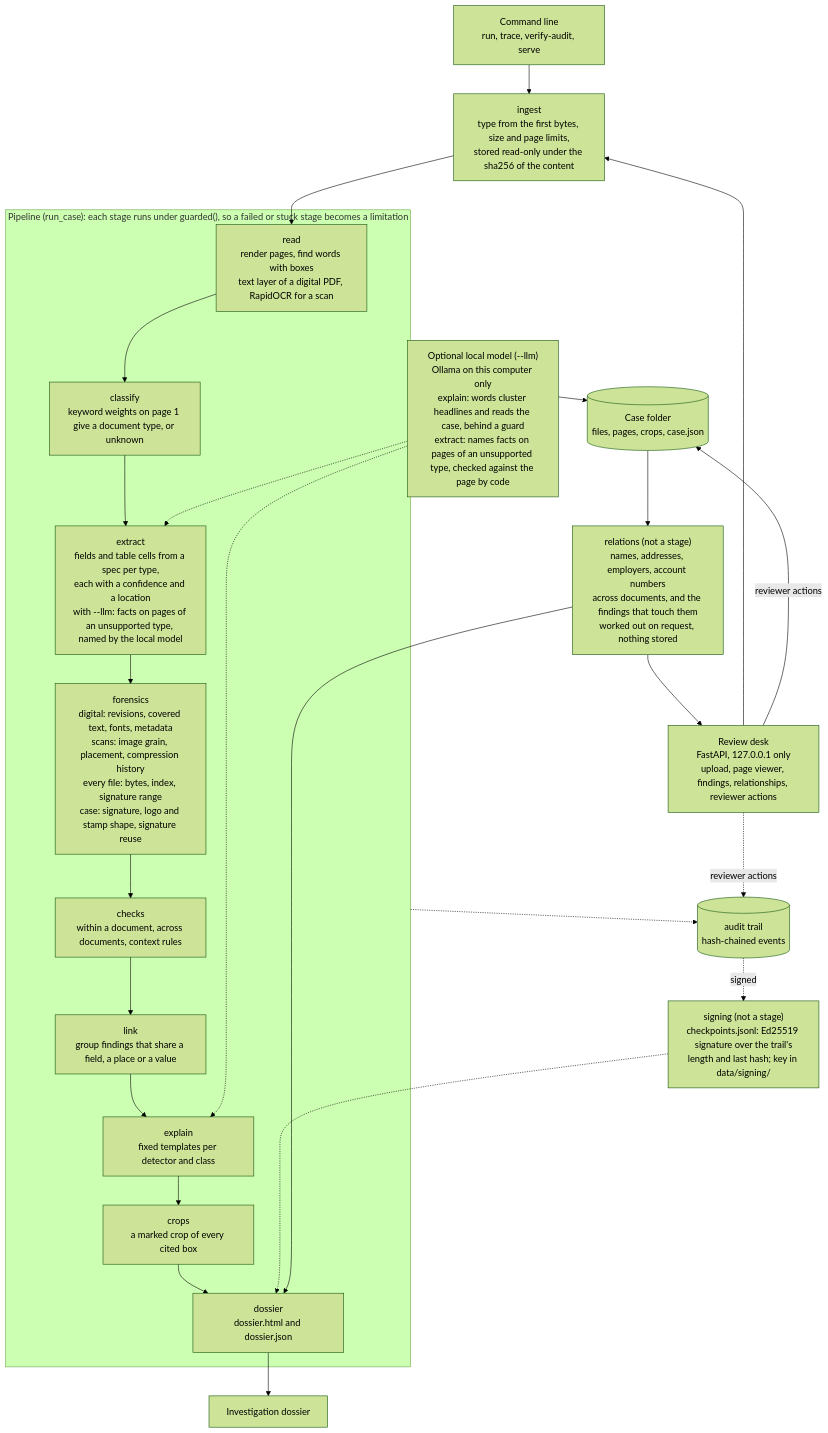
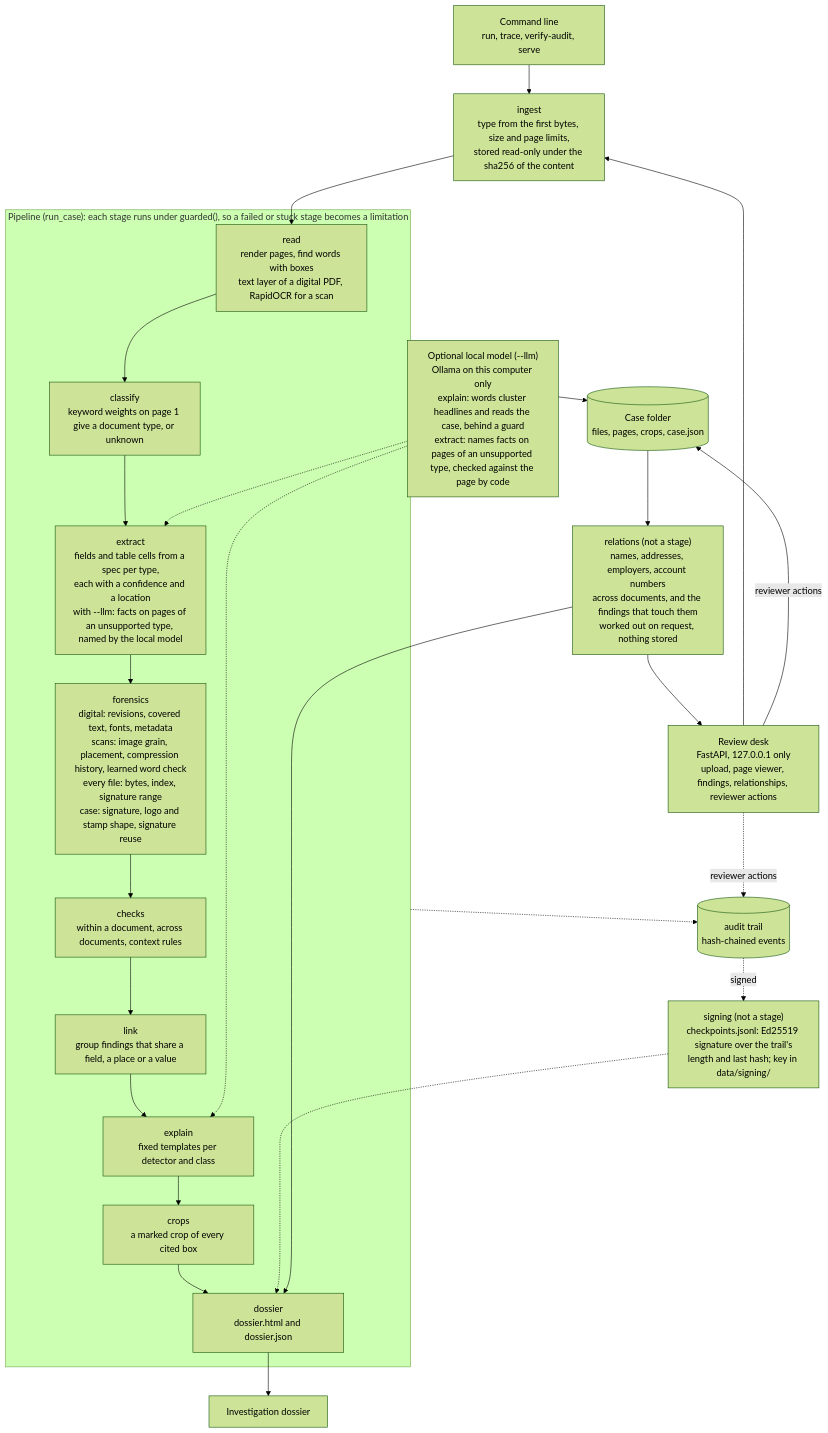
Before and after one commit to BU1lDR/docforensics: the diagram in docs/architecture.md, drawn with Mermaid (forest theme). The commit also changed other lines of this file and 7 other files, not shown here.

````diff
--- a/docs/architecture.md
+++ b/docs/architecture.md
@@ -5,40 +5,40 @@
 ```mermaid
 flowchart TD
     cli["Command line<br/>run, trace, verify-audit, serve"]
     desk["Review desk<br/>FastAPI, 127.0.0.1 only<br/>upload, page viewer, findings, relationships, reviewer actions"]
     ingest["ingest<br/>type from the first bytes, size and page limits,<br/>stored read-only under the sha256 of the content"]
     cli --> ingest
     desk --> ingest
     ingest --> read
 
     subgraph pipeline["Pipeline (run_case): each stage runs under guarded(), so a failed or stuck stage becomes a limitation"]
         read["read<br/>render pages, find words with boxes<br/>text layer of a digital PDF, RapidOCR for a scan"]
         classify["classify<br/>keyword weights on page 1 give a document type, or unknown"]
         extract["extract<br/>fields and table cells from a spec per type,<br/>each with a confidence and a location<br/>with --llm: facts on pages of an unsupported type, named by the local model"]
-        forensics["forensics<br/>digital: revisions, covered text, fonts, metadata<br/>scans: image grain, placement, compression history<br/>every file: bytes, index, signature range<br/>case: signature, logo and stamp shape, signature reuse"]
+        forensics["forensics<br/>digital: revisions, covered text, fonts, metadata<br/>scans: image grain, placement, compression history, learned word check<br/>every file: bytes, index, signature range<br/>case: signature, logo and stamp shape, signature reuse"]
         checks["checks<br/>within a document, across documents, context rules"]
         link["link<br/>group findings that share a field, a place or a value"]
         explain["explain<br/>fixed templates per detector and class"]
         crops["crops<br/>a marked crop of every cited box"]
         dossier["dossier<br/>dossier.html and dossier.json"]
         read --> classify --> extract --> forensics --> checks --> link --> explain --> crops --> dossier
     end
 
     llm["Optional local model (--llm)<br/>Ollama on this computer only<br/>explain: words cluster headlines and reads the case, behind a guard<br/>extract: names facts on pages of an unsupported type, checked against the page by code"]
     llm -.-> explain
     llm -.-> extract
     casefolder[("Case folder<br/>files, pages, crops, case.json")]
     audit[("audit trail<br/>hash-chained events")]
     sig["signing (not a stage)<br/>checkpoints.jsonl: Ed25519 signature over the trail's<br/>length and last hash; key in data/signing/"]
     relations["relations (not a stage)<br/>names, addresses, employers, account numbers<br/>across documents, and the findings that touch them<br/>worked out on request, nothing stored"]
     pipeline --> casefolder
     pipeline -.-> audit
     audit -.->|"signed"| sig
     sig -.-> dossier
     casefolder --> relations
     relations --> desk
     relations --> dossier
     desk -->|"reviewer actions"| casefolder
     desk -.->|"reviewer actions"| audit
     dossier --> report["Investigation dossier"]
 ```
````
